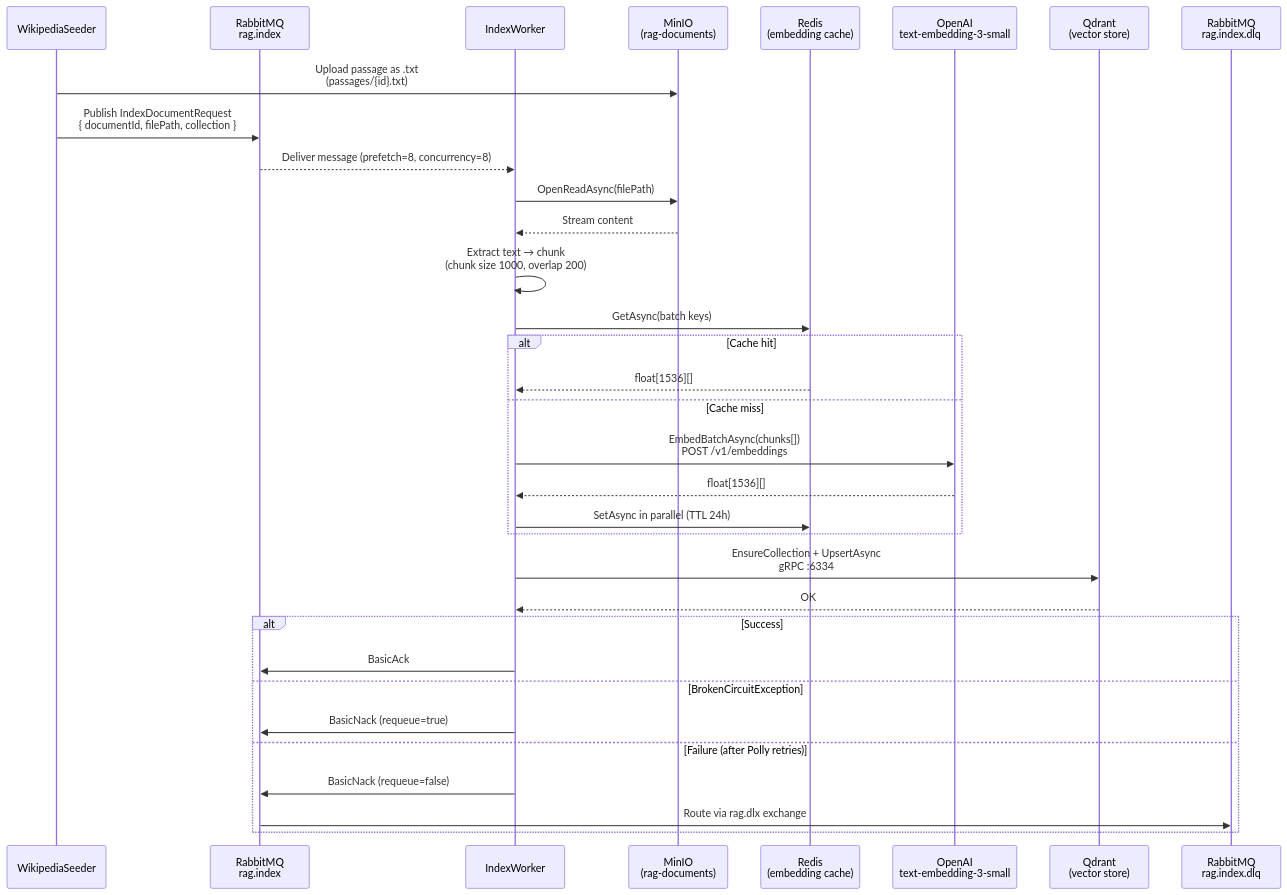
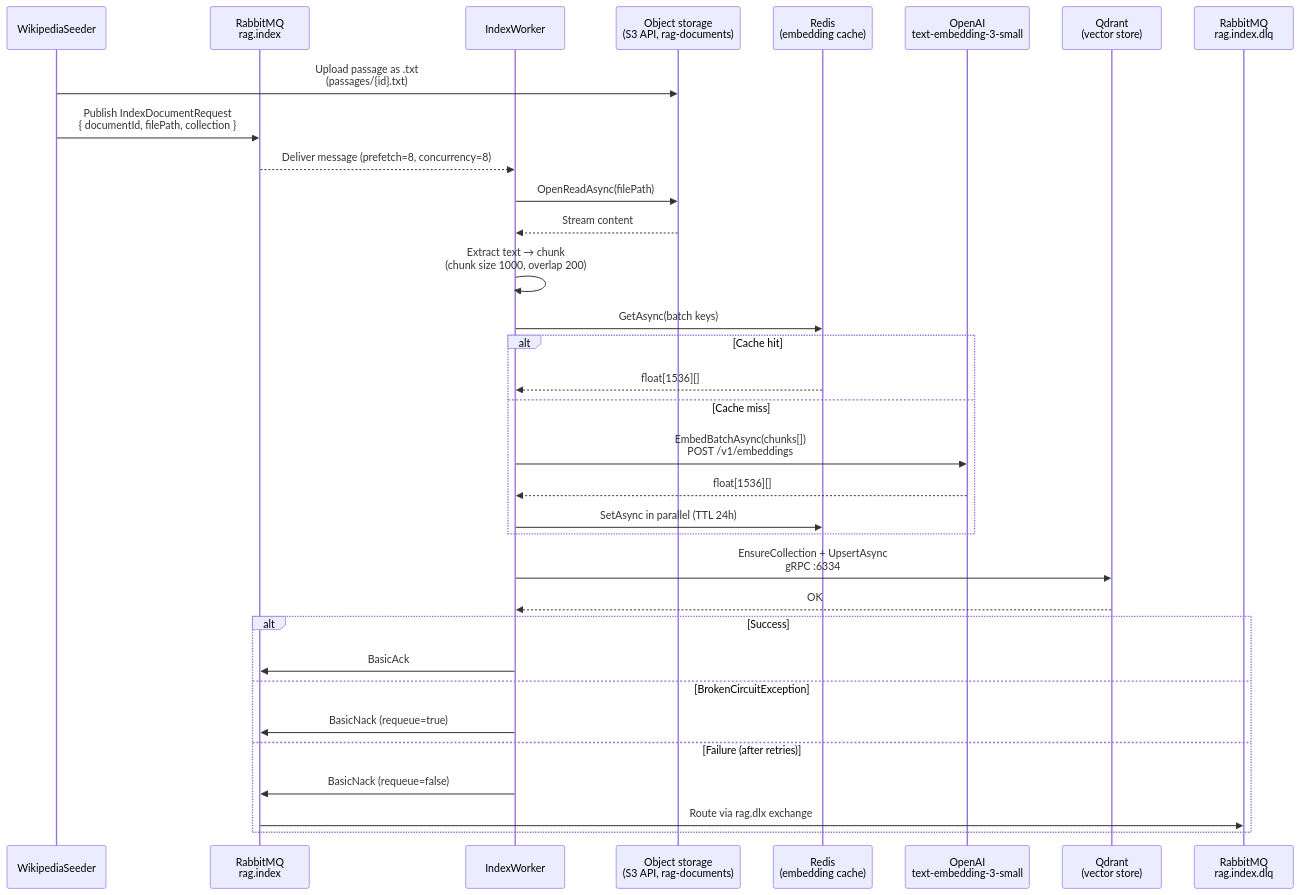
The first of 3 diagrams in README.md (mustafagoktugibolar/RagService), drawn with Mermaid before and after one commit. The commit also changed other lines of this file and 27 other files, not shown here.

````diff
--- a/README.md
+++ b/README.md
@@ -9,42 +9,42 @@
 ```mermaid
 sequenceDiagram
     participant S as WikipediaSeeder
     participant MQ as RabbitMQ<br/>rag.index
     participant IW as IndexWorker
-    participant MS as MinIO<br/>(rag-documents)
+    participant MS as Object storage<br/>(S3 API, rag-documents)
     participant RD as Redis<br/>(embedding cache)
     participant OAI as OpenAI<br/>text-embedding-3-small
     participant QD as Qdrant<br/>(vector store)
     participant DLQ as RabbitMQ<br/>rag.index.dlq
 
     S->>MS: Upload passage as .txt<br/>(passages/{id}.txt)
     S->>MQ: Publish IndexDocumentRequest<br/>{ documentId, filePath, collection }
 
     MQ-->>IW: Deliver message (prefetch=8, concurrency=8)
 
     IW->>MS: OpenReadAsync(filePath)
     MS-->>IW: Stream content
 
     IW->>IW: Extract text → chunk<br/>(chunk size 1000, overlap 200)
 
     IW->>RD: GetAsync(batch keys)
     alt Cache hit
         RD-->>IW: float[1536][]
     else Cache miss
         IW->>OAI: EmbedBatchAsync(chunks[])<br/>POST /v1/embeddings
         OAI-->>IW: float[1536][]
         IW->>RD: SetAsync in parallel (TTL 24h)
     end
 
     IW->>QD: EnsureCollection + UpsertAsync<br/>gRPC :6334
     QD-->>IW: OK
 
     alt Success
         IW->>MQ: BasicAck
     else BrokenCircuitException
         IW->>MQ: BasicNack (requeue=true)
-    else Failure (after Polly retries)
+    else Failure (after retries)
         IW->>MQ: BasicNack (requeue=false)
         MQ->>DLQ: Route via rag.dlx exchange
     end
 ```
````
